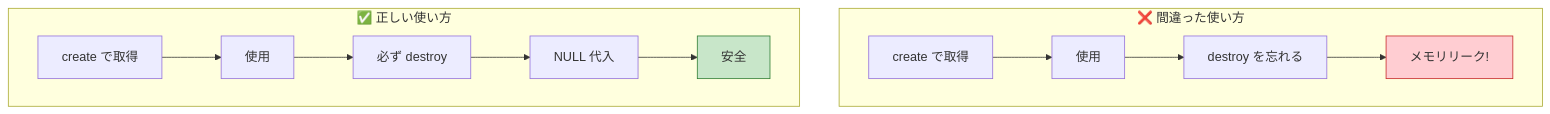
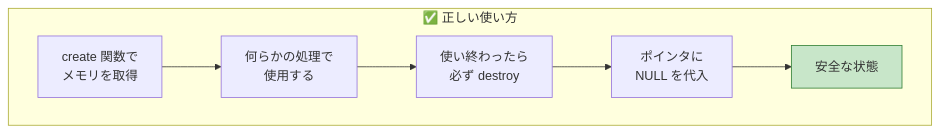
Diagram 12 of 17 in 01_原稿/09_第1部 第7章 メモリ管理パターン - 責任の明確化_01.md (kumachan1101/BookProject), drawn with Mermaid before and after one commit. The commit also changed other lines of this file and 175 other files, not shown here.

````diff
--- a/01_原稿/09_第1部 第7章 メモリ管理パターン - 責任の明確化_01.md
+++ b/01_原稿/09_第1部 第7章 メモリ管理パターン - 責任の明確化_01.md
@@ -509,17 +514,10 @@
 ```mermaid
 graph TB
-      subgraph "❌ 間違った使い方"
-          E1["create で取得"] --> E2["使用"]
-          E2 --> E3["destroy を忘れる"]
-          E3 --> E4["メモリリーク!"]
-      end
-      style E4 fill:#ffcdd2,stroke:#c62828
-
       subgraph "✅ 正しい使い方"
-          C1["create で取得"] --> C2["使用"]
-          C2 --> C3["必ず destroy"]
-          C3 --> C4["NULL 代入"]
-          C4 --> C5["安全"]
+          C1["create 関数で<br/>メモリを取得"] --> C2["何らかの処理で<br/>使用する"]
+          C2 --> C3["使い終わったら<br/>必ず destroy"]
+          C3 --> C4["ポインタに<br/>NULL を代入"]
+          C4 --> C5["安全な状態"]
       end
       style C5 fill:#c8e6c9,stroke:#2e7d32
 ```
````
